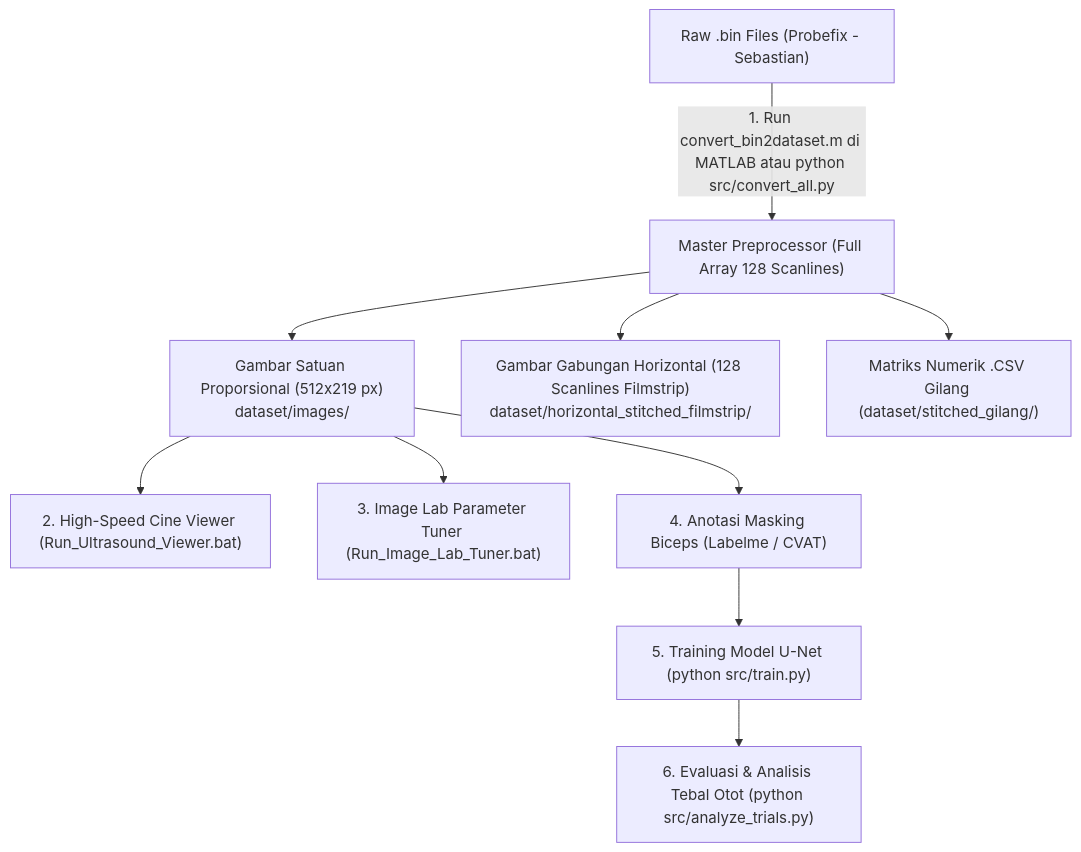
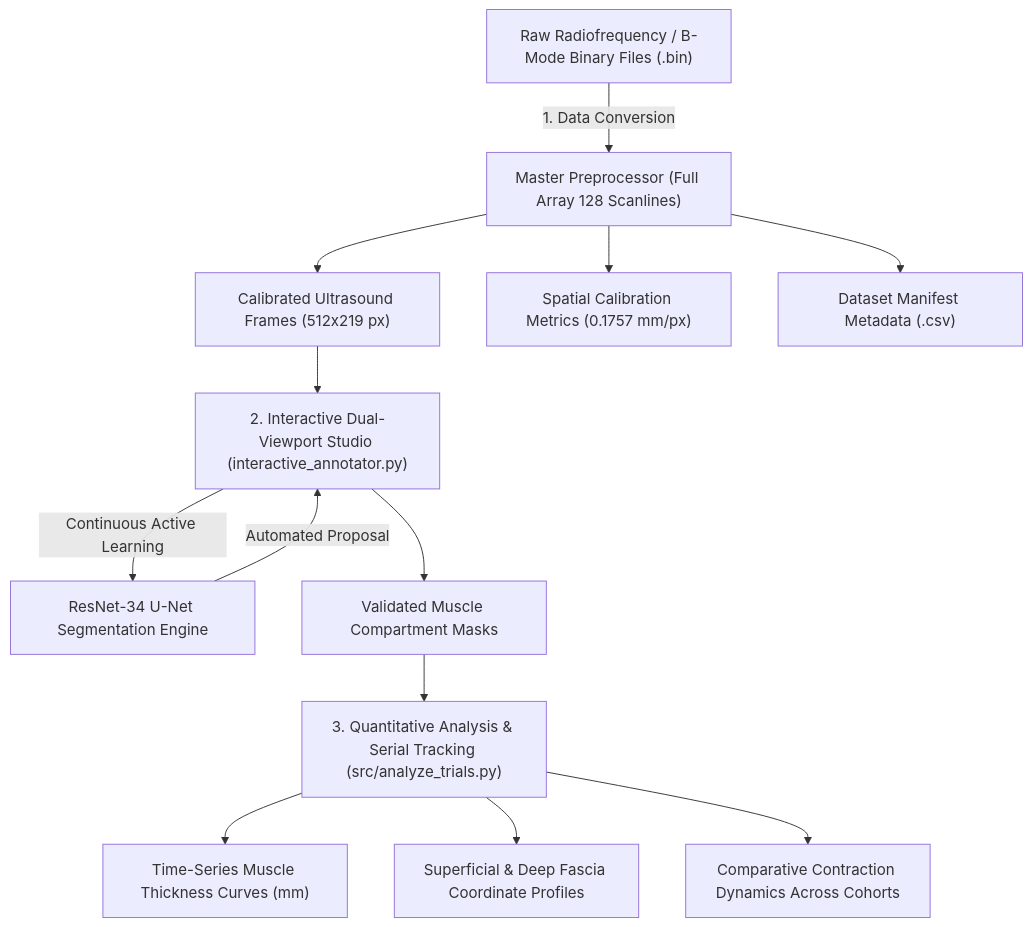
Before and after one commit to Corneliox/Segmentation_Configuration_Bicheps_Brachii: the diagram in README.md, drawn with Mermaid. The commit also changed other lines of this file and 44 other files, not shown here.

Commit message:
feat: add ONNX model export, React web studio with onnxruntime-web, and GitHub Actions CI/CD

````diff
--- a/README.md
+++ b/README.md
@@ -9,13 +41,17 @@
 ```mermaid
-graph TD
-    A["Raw .bin Files (Probefix - Sebastian)"] -->|1. Run convert_bin2dataset.m di MATLAB atau python src/convert_all.py| B["Master Preprocessor (Full Array 128 Scanlines)"]
-    B --> C1["Gambar Satuan Proporsional (512x219 px)<br/>dataset/images/"]
-    B --> C2["Gambar Gabungan Horizontal (128 Scanlines Filmstrip)<br/>dataset/horizontal_stitched_filmstrip/"]
-    B --> C3["Matriks Numerik .CSV Gilang (dataset/stitched_gilang/)"]
+flowchart TD
+    A["Raw Radiofrequency / B-Mode Binary Files (.bin)"] -->|1. Data Conversion| B["Master Preprocessor (Full Array 128 Scanlines)"]
+    B --> C1["Calibrated Ultrasound Frames (512x219 px)"]
+    B --> C2["Spatial Calibration Metrics (0.1757 mm/px)"]
+    B --> C3["Dataset Manifest Metadata (.csv)"]
     
-    C1 --> D["2. High-Speed Cine Viewer (Run_Ultrasound_Viewer.bat)"]
-    C1 --> E["3. Image Lab Parameter Tuner (Run_Image_Lab_Tuner.bat)"]
-    C1 --> F["4. Anotasi Masking Biceps (Labelme / CVAT)"]
-    F --> G["5. Training Model U-Net (python src/train.py)"]
-    G --> H["6. Evaluasi & Analisis Tebal Otot (python src/analyze_trials.py)"]
+    C1 --> D["2. Interactive Dual-Viewport Studio (interactive_annotator.py)"]
+    D -->|Continuous Active Learning| E["ResNet-34 U-Net Segmentation Engine"]
+    E -->|Automated Proposal| D
+    
+    D --> F["Validated Muscle Compartment Masks"]
+    F --> G["3. Quantitative Analysis & Serial Tracking (src/analyze_trials.py)"]
+    G --> H1["Time-Series Muscle Thickness Curves (mm)"]
+    G --> H2["Superficial & Deep Fascia Coordinate Profiles"]
+    G --> H3["Comparative Contraction Dynamics Across Cohorts"]
 ```
````
